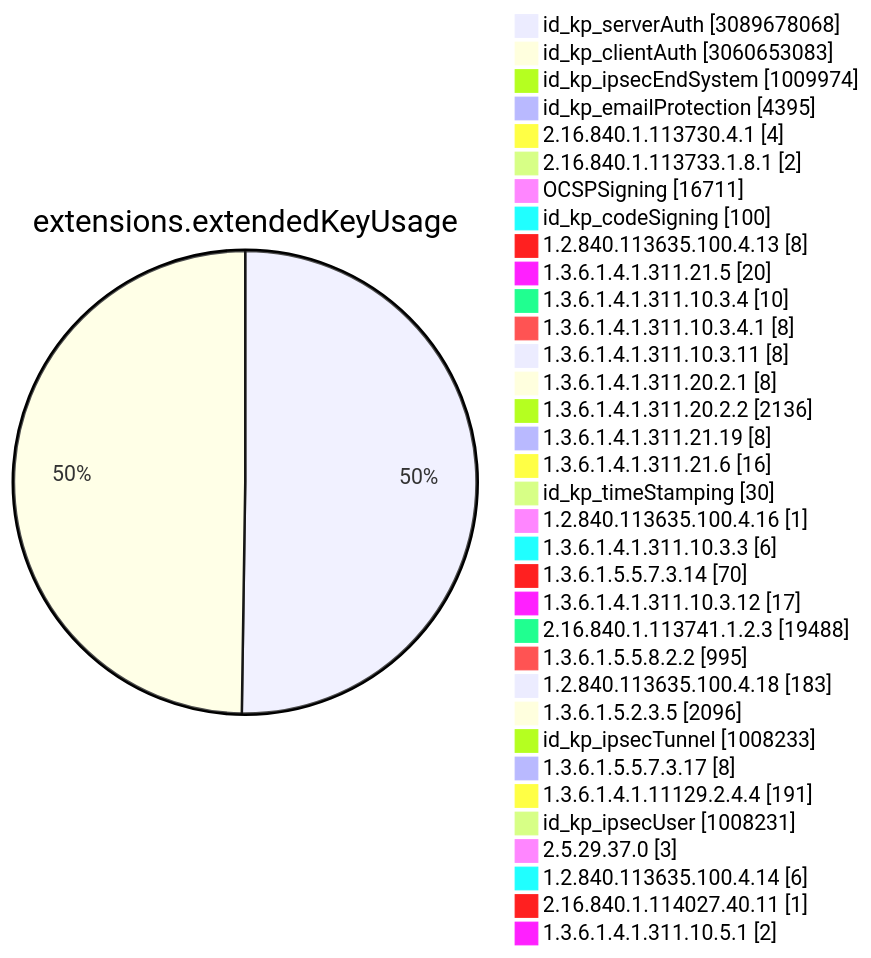
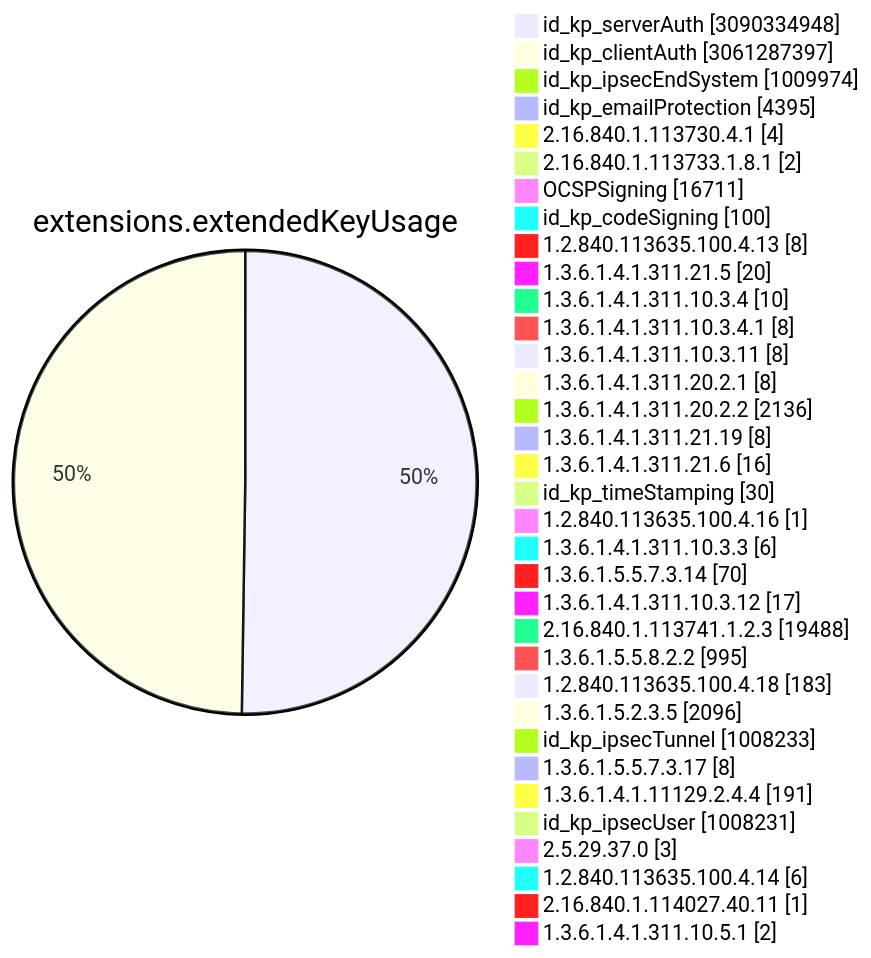
One commit to christiankrug/ctmonitor_visualization changed diagram 11 of 15 in TOTAL/README.md. Above: the diagram before and after it, drawn with Mermaid. The commit also changed other lines of this file, not shown here.

````diff
--- a/TOTAL/README.md
+++ b/TOTAL/README.md
@@ -4119,38 +4119,38 @@
 ```mermaid
 pie showData
 title extensions.extendedKeyUsage
-"id_kp_serverAuth" :3089678068
-"id_kp_clientAuth" :3060653083
+"id_kp_serverAuth" :3090334948
+"id_kp_clientAuth" :3061287397
 "id_kp_ipsecEndSystem" :1009974
 "id_kp_emailProtection" :4395
 "2.16.840.1.113730.4.1" :4
 "2.16.840.1.113733.1.8.1" :2
 "OCSPSigning" :16711
 "id_kp_codeSigning" :100
 "1.2.840.113635.100.4.13" :8
 "1.3.6.1.4.1.311.21.5" :20
 "1.3.6.1.4.1.311.10.3.4" :10
 "1.3.6.1.4.1.311.10.3.4.1" :8
 "1.3.6.1.4.1.311.10.3.11" :8
 "1.3.6.1.4.1.311.20.2.1" :8
 "1.3.6.1.4.1.311.20.2.2" :2136
 "1.3.6.1.4.1.311.21.19" :8
 "1.3.6.1.4.1.311.21.6" :16
 "id_kp_timeStamping" :30
 "1.2.840.113635.100.4.16" :1
 "1.3.6.1.4.1.311.10.3.3" :6
 "1.3.6.1.5.5.7.3.14" :70
 "1.3.6.1.4.1.311.10.3.12" :17
 "2.16.840.1.113741.1.2.3" :19488
 "1.3.6.1.5.5.8.2.2" :995
 "1.2.840.113635.100.4.18" :183
 "1.3.6.1.5.2.3.5" :2096
 "id_kp_ipsecTunnel" :1008233
 "1.3.6.1.5.5.7.3.17" :8
 "1.3.6.1.4.1.11129.2.4.4" :191
 "id_kp_ipsecUser" :1008231
 "2.5.29.37.0" :3
 "1.2.840.113635.100.4.14" :6
 "2.16.840.1.114027.40.11" :1
 "1.3.6.1.4.1.311.10.5.1" :2
 ```
````
